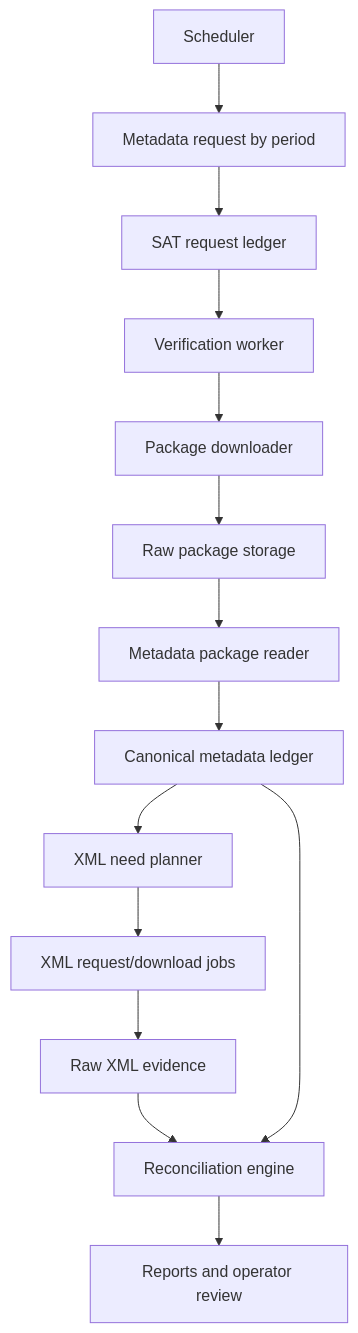
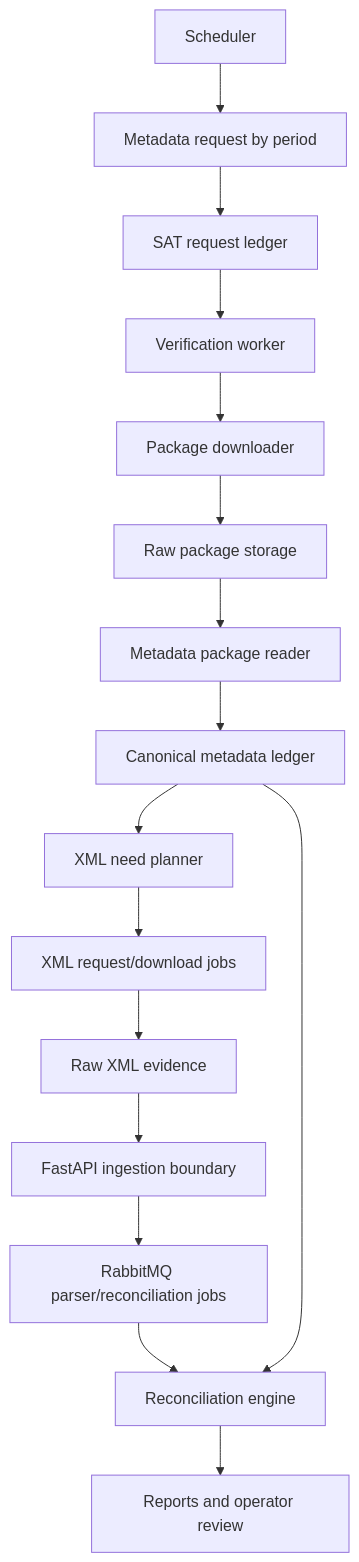
Before and after one commit to Crls8a/cfdi-vault-mx: the diagram in docs/sat-download/reconciliation-architecture.md, drawn with Mermaid. The commit also changed other lines of this file and 27 other files, not shown here.

Commit message:
docs(architecture): document postgres queue api contract

````diff
--- a/docs/sat-download/reconciliation-architecture.md
+++ b/docs/sat-download/reconciliation-architecture.md
@@ -21,16 +21,18 @@
 ```mermaid
 flowchart TD
     A["Scheduler"] --> B["Metadata request by period"]
     B --> C["SAT request ledger"]
     C --> D["Verification worker"]
     D --> E["Package downloader"]
     E --> F["Raw package storage"]
     F --> G["Metadata package reader"]
     G --> H["Canonical metadata ledger"]
     H --> I["XML need planner"]
     I --> J["XML request/download jobs"]
     J --> K["Raw XML evidence"]
-    K --> L["Reconciliation engine"]
+    K --> API["FastAPI ingestion boundary"]
+    API --> Q["RabbitMQ parser/reconciliation jobs"]
+    Q --> L["Reconciliation engine"]
     H --> L
     L --> M["Reports and operator review"]
 ```
````
